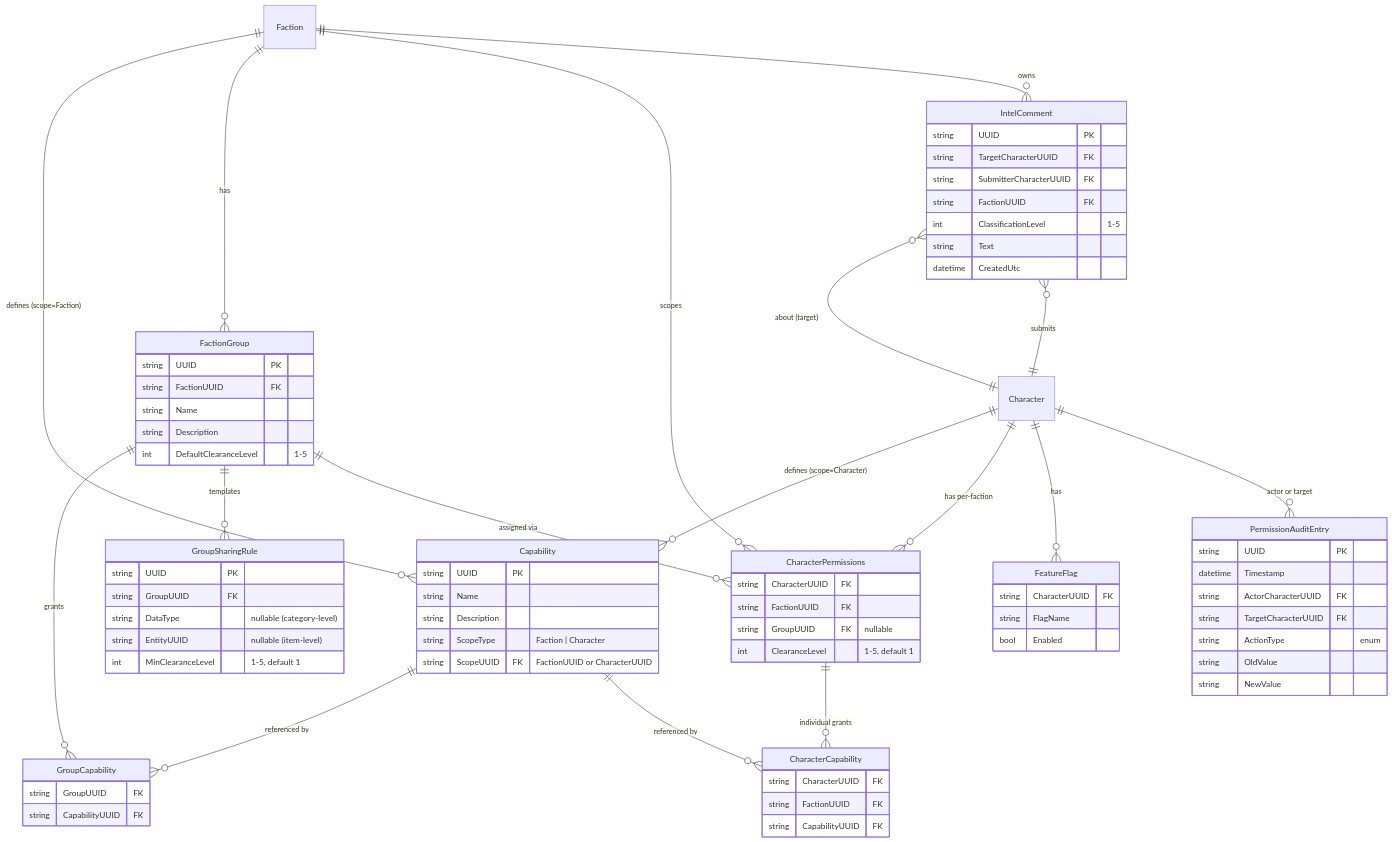
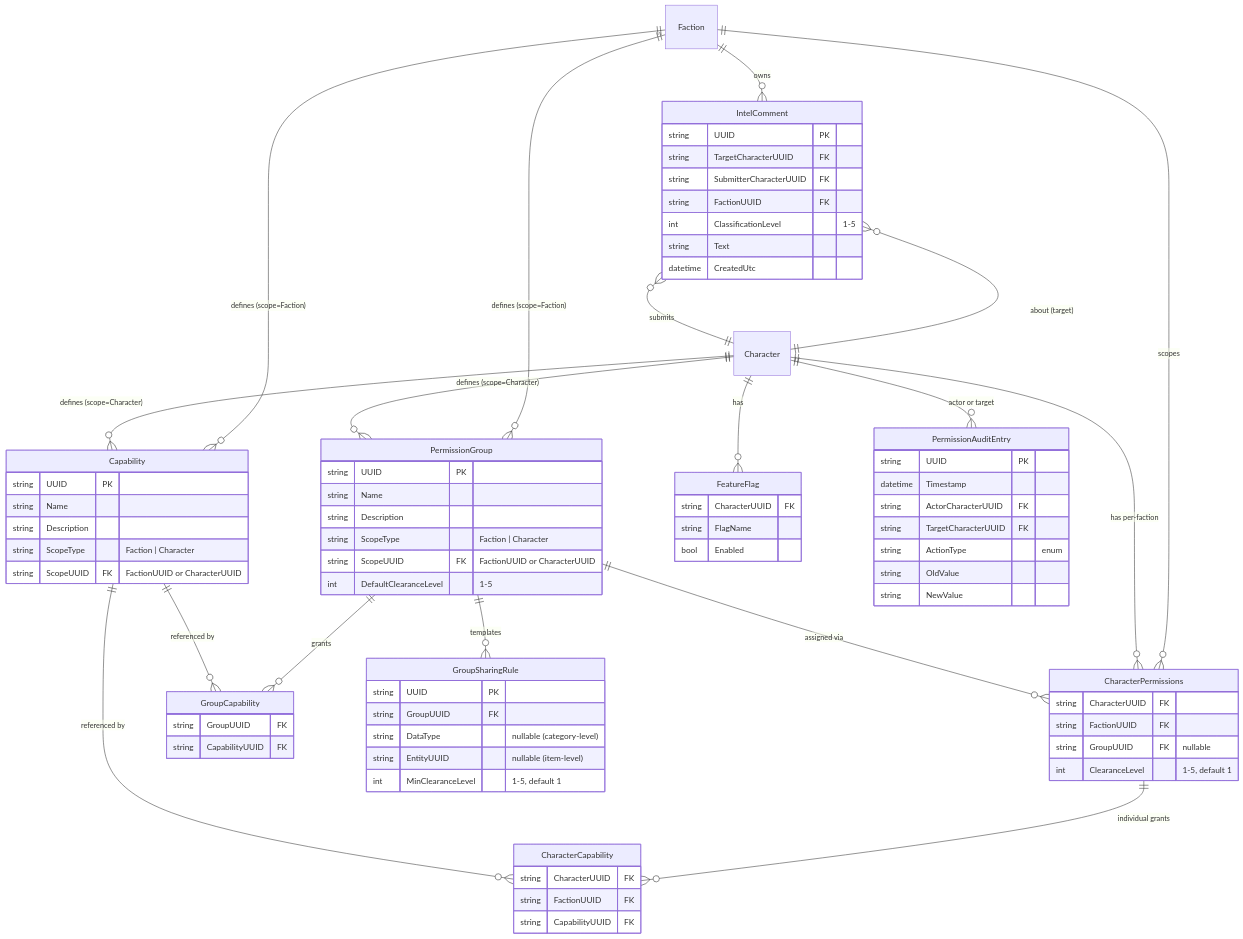
The diagram in .kiro/specs/faction-server-expanded-permissions/design.md (scalorn/OuterEmpires2EmpireTracker), drawn with Mermaid before and after one commit. The commit also changed other lines of this file and 1 other file, not shown here.

Commit message:
Rename FactionGroup to PermissionGroup with dual scope (faction + character)
PermissionGroups follow the same dual-scope pattern as Capabilities  they can be defined by either a faction or a character. Faction-scoped groups are assignable to faction members; character-scoped groups are assignable to anyone the character shares with. Full parity between both scopes. Updated data model sketch, ER diagram, and requirements.

Prompt: FactionGroup -> PermissionGroup. This is also per Faction and per character.

````diff
--- a/.kiro/specs/faction-server-expanded-permissions/design.md
+++ b/.kiro/specs/faction-server-expanded-permissions/design.md
@@ -86,17 +87,18 @@
 ```mermaid
 erDiagram
     Faction ||--o{ Capability : "defines (scope=Faction)"
-    Faction ||--o{ FactionGroup : "has"
+    Faction ||--o{ PermissionGroup : "defines (scope=Faction)"
     Faction ||--o{ CharacterPermissions : "scopes"
     Faction ||--o{ IntelComment : "owns"
 
     Character ||--o{ Capability : "defines (scope=Character)"
+    Character ||--o{ PermissionGroup : "defines (scope=Character)"
     Character ||--o{ CharacterPermissions : "has per-faction"
     Character ||--o{ IntelComment : "submits"
 
-    FactionGroup ||--o{ GroupCapability : "grants"
-    FactionGroup ||--o{ GroupSharingRule : "templates"
-    FactionGroup ||--o{ CharacterPermissions : "assigned via"
+    PermissionGroup ||--o{ GroupCapability : "grants"
+    PermissionGroup ||--o{ GroupSharingRule : "templates"
+    PermissionGroup ||--o{ CharacterPermissions : "assigned via"
 
     CharacterPermissions ||--o{ CharacterCapability : "individual grants"
 
@@ -108,11 +110,12 @@
         string ScopeUUID FK "FactionUUID or CharacterUUID"
     }
 
-    FactionGroup {
+    PermissionGroup {
         string UUID PK
-        string FactionUUID FK
         string Name
         string Description
+        string ScopeType "Faction | Character"
+        string ScopeUUID FK "FactionUUID or CharacterUUID"
         int DefaultClearanceLevel "1-5"
     }
 
````
